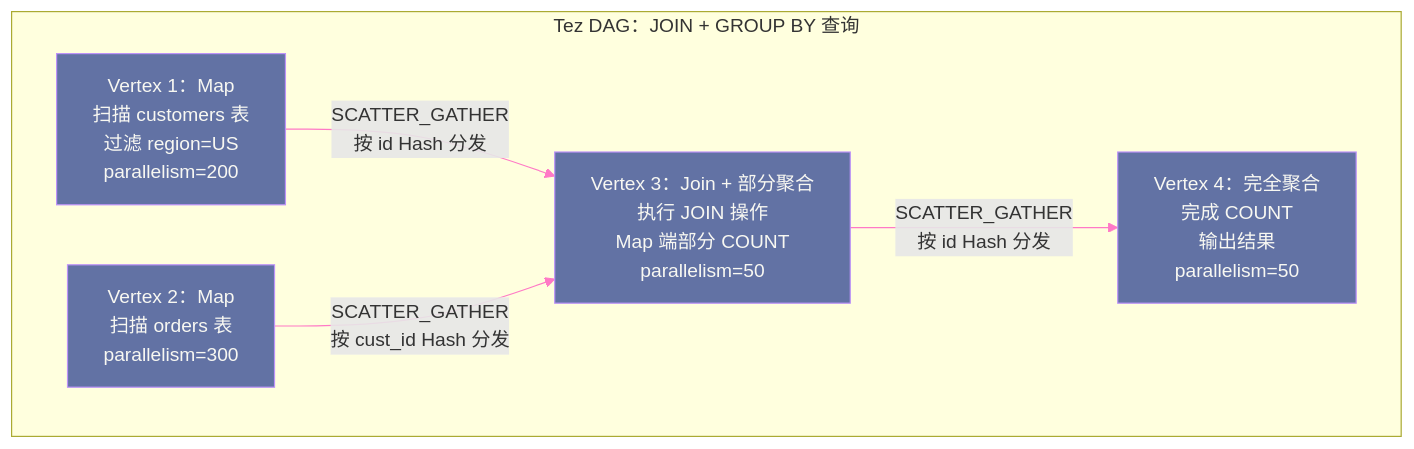
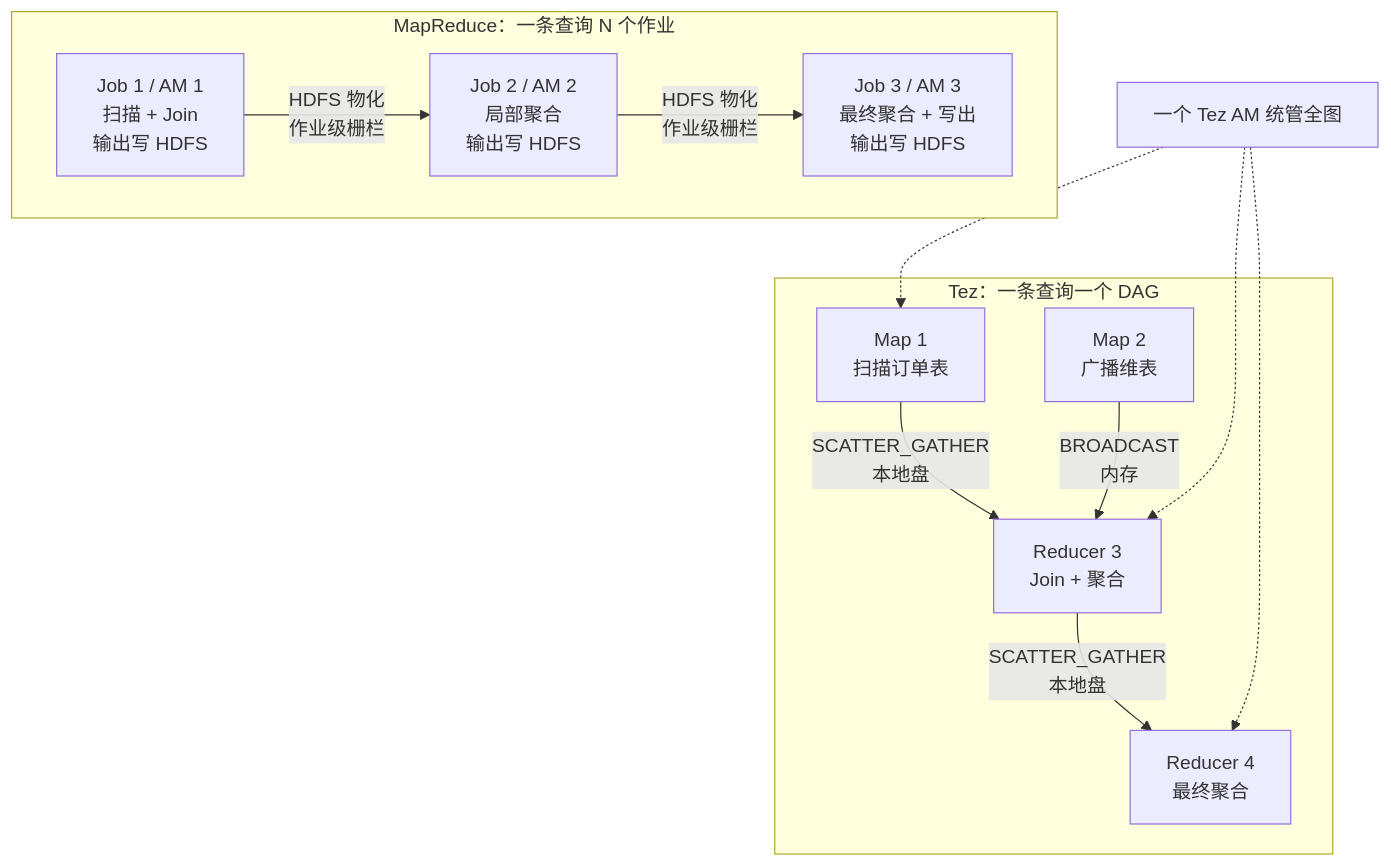
Before and after one commit to hpliStartAgain/my-brain: the first of 5 diagrams in content/大数据/Hive/04 执行引擎对比：MapReduce vs Tez 的本质差异.md, drawn with Mermaid. The commit also changed other lines of this file and 455 other files, not shown here.

````diff
--- a/content/大数据/Hive/04 执行引擎对比：MapReduce vs Tez 的本质差异.md
+++ b/content/大数据/Hive/04 执行引擎对比：MapReduce vs Tez 的本质差异.md
@@ -106,17 +55,26 @@
 ```mermaid
-%%{init: {"theme": "dracula", "themeVariables": {"primaryColor": "#6272a4", "primaryTextColor": "#f8f8f2", "lineColor": "#ff79c6"}}}%%
+%%{init: {'theme': 'dracula'}}%%
 graph TD
-    subgraph DAG["Tez DAG：JOIN + GROUP BY 查询"]
-        V1["Vertex 1：Map</br>扫描 customers 表</br>过滤 region=US</br>parallelism=200"]
-        V2["Vertex 2：Map</br>扫描 orders 表</br>parallelism=300"]
-        V3["Vertex 3：Join + 部分聚合</br>执行 JOIN 操作</br>Map 端部分 COUNT</br>parallelism=50"]
-        V4["Vertex 4：完全聚合</br>完成 COUNT</br>输出结果</br>parallelism=50"]
+    subgraph MR["MapReduce：一条查询 N 个作业"]
+        J1["Job 1 / AM 1<br/>扫描 + Join<br/>输出写 HDFS"]
+        J2["Job 2 / AM 2<br/>局部聚合<br/>输出写 HDFS"]
+        J3["Job 3 / AM 3<br/>最终聚合 + 写出<br/>输出写 HDFS"]
+        J1 -->|"HDFS 物化<br/>作业级栅栏"| J2
+        J2 -->|"HDFS 物化<br/>作业级栅栏"| J3
     end
 
-    V1 -->|"SCATTER_GATHER</br>按 id Hash 分发"| V3
-    V2 -->|"SCATTER_GATHER</br>按 cust_id Hash 分发"| V3
-    V3 -->|"SCATTER_GATHER</br>按 id Hash 分发"| V4
+    subgraph TEZ["Tez：一条查询一个 DAG"]
+        V1["Map 1<br/>扫描订单表"]
+        V2["Map 2<br/>广播维表"]
+        V3["Reducer 3<br/>Join + 聚合"]
+        V4["Reducer 4<br/>最终聚合"]
+        V1 -->|"SCATTER_GATHER<br/>本地盘"| V3
+        V2 -->|"BROADCAST<br/>内存"| V3
+        V3 -->|"SCATTER_GATHER<br/>本地盘"| V4
+    end
 
-    classDef vertex fill:#6272a4,stroke:#bd93f9,color:#f8f8f2
-    class V1,V2,V3,V4 vertex
+    AMT["一个 Tez AM 统管全图"]
+    AMT -.-> V1
+    AMT -.-> V3
+    AMT -.-> V4
 ```
````
